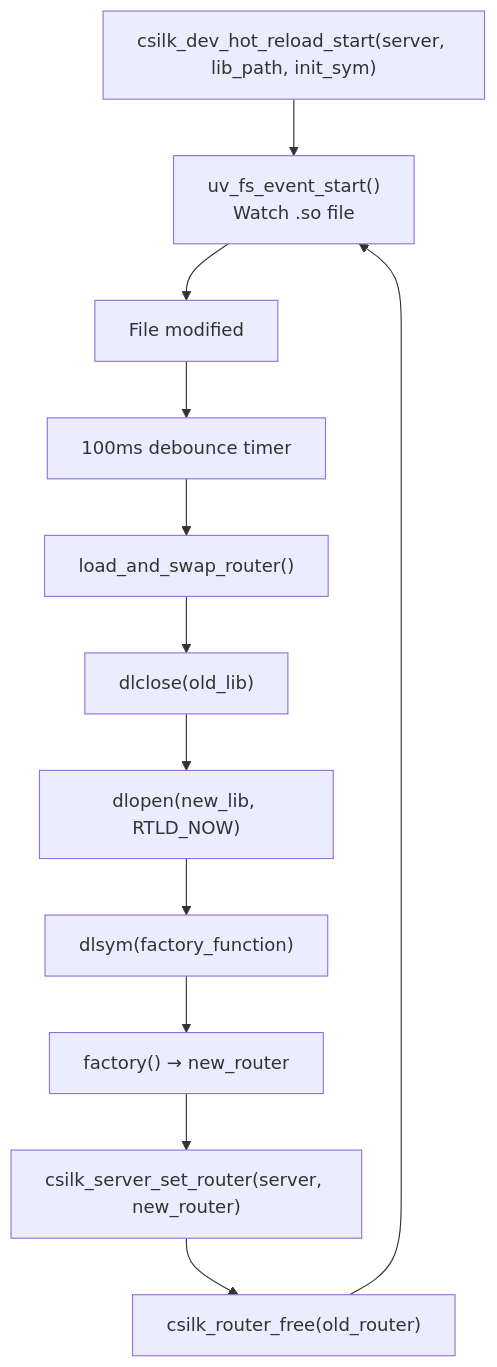
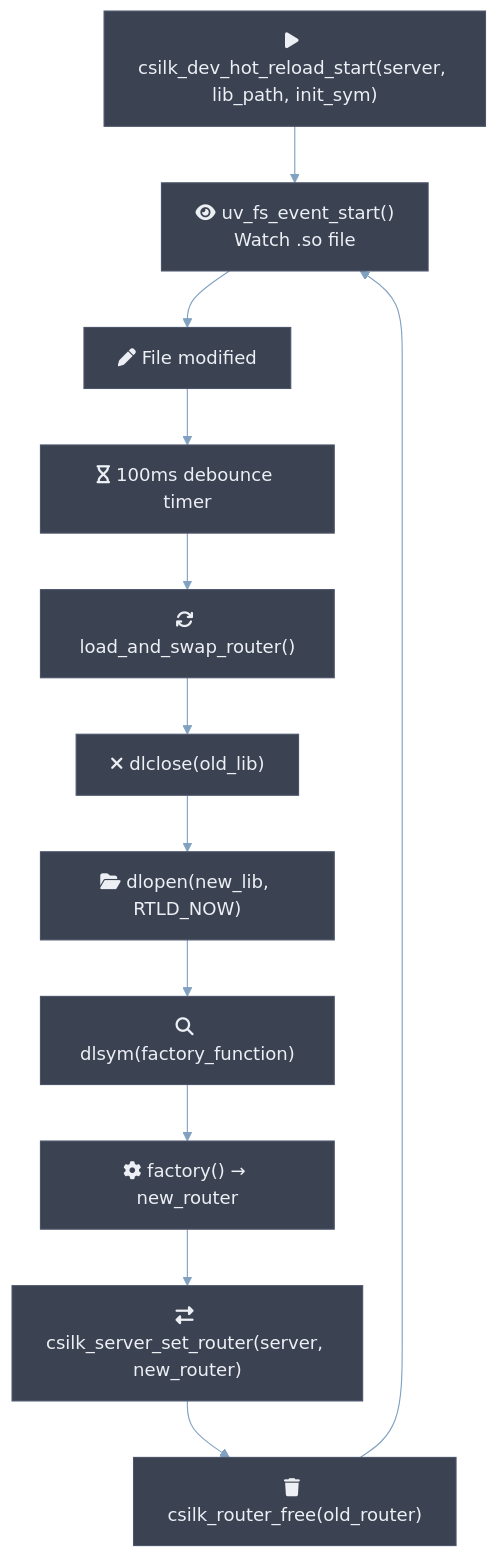
The ninth of 9 diagrams in docs/module-design/server.md (quintin-lee/csilk), drawn with Mermaid before and after one commit. The commit also changed other lines of this file and 30 other files, not shown here.

Commit message:
docs(docs): 📝 apply Nord Mermaid theme, RFC 2119 keywords, and quantified metrics to all docs

````diff
--- a/docs/module-design/server.md
+++ b/docs/module-design/server.md
@@ -430,14 +583,36 @@
 ```mermaid
+%%{init: {
+  'theme': 'base',
+  'themeVariables': {
+    'background': '#2E3440',
+    'primaryColor': '#81A1C1',
+    'primaryBorderColor': '#4C566A',
+    'primaryTextColor': '#ECEFF4',
+    'secondaryColor': '#3B4252',
+    'secondaryBorderColor': '#434C5E',
+    'secondaryTextColor': '#D8DEE9',
+    'lineColor': '#81A1C1',
+    'textColor': '#ECEFF4',
+    'mainBkg': '#3B4252',
+    'nodeBorder': '#4C566A',
+    'clusterBkg': '#2E3440',
+    'clusterBorder': '#4C566A',
+    'titleColor': '#ECEFF4',
+    'edgeLabelBackground': '#3B4252',
+    'nodeTextColor': '#ECEFF4'
+  },
+  'flowchart': {'htmlLabels': true, 'curve': 'basis'}
+}}%%
 flowchart TB
-    START["csilk_dev_hot_reload_start(server, lib_path, init_sym)"] --> WATCH
-    WATCH["uv_fs_event_start()<br/>Watch .so file"] --> CHANGE["File modified"]
-    CHANGE --> DEBOUNCE["100ms debounce timer"]
-    DEBOUNCE --> LOAD["load_and_swap_router()"]
-    LOAD --> DlCLOSE["dlclose(old_lib)"]
-    DlCLOSE --> DlOPEN["dlopen(new_lib, RTLD_NOW)"]
-    DlOPEN --> DLSYM["dlsym(factory_function)"]
-    DLSYM --> CALL["factory() → new_router"]
-    CALL --> SWAP["csilk_server_set_router(server, new_router)"]
-    SWAP --> FREE_OLD["csilk_router_free(old_router)"]
+    START["fa:fa-play csilk_dev_hot_reload_start(server, lib_path, init_sym)"] --> WATCH
+    WATCH["fa:fa-eye uv_fs_event_start()<br/>Watch .so file"] --> CHANGE["fa:fa-pen File modified"]
+    CHANGE --> DEBOUNCE["fa:fa-hourglass 100ms debounce timer"]
+    DEBOUNCE --> LOAD["fa:fa-sync load_and_swap_router()"]
+    LOAD --> DlCLOSE["fa:fa-times dlclose(old_lib)"]
+    DlCLOSE --> DlOPEN["fa:fa-folder-open dlopen(new_lib, RTLD_NOW)"]
+    DlOPEN --> DLSYM["fa:fa-search dlsym(factory_function)"]
+    DLSYM --> CALL["fa:fa-cog factory() → new_router"]
+    CALL --> SWAP["fa:fa-exchange-alt csilk_server_set_router(server, new_router)"]
+    SWAP --> FREE_OLD["fa:fa-trash csilk_router_free(old_router)"]
     FREE_OLD --> WATCH
 ```
````
